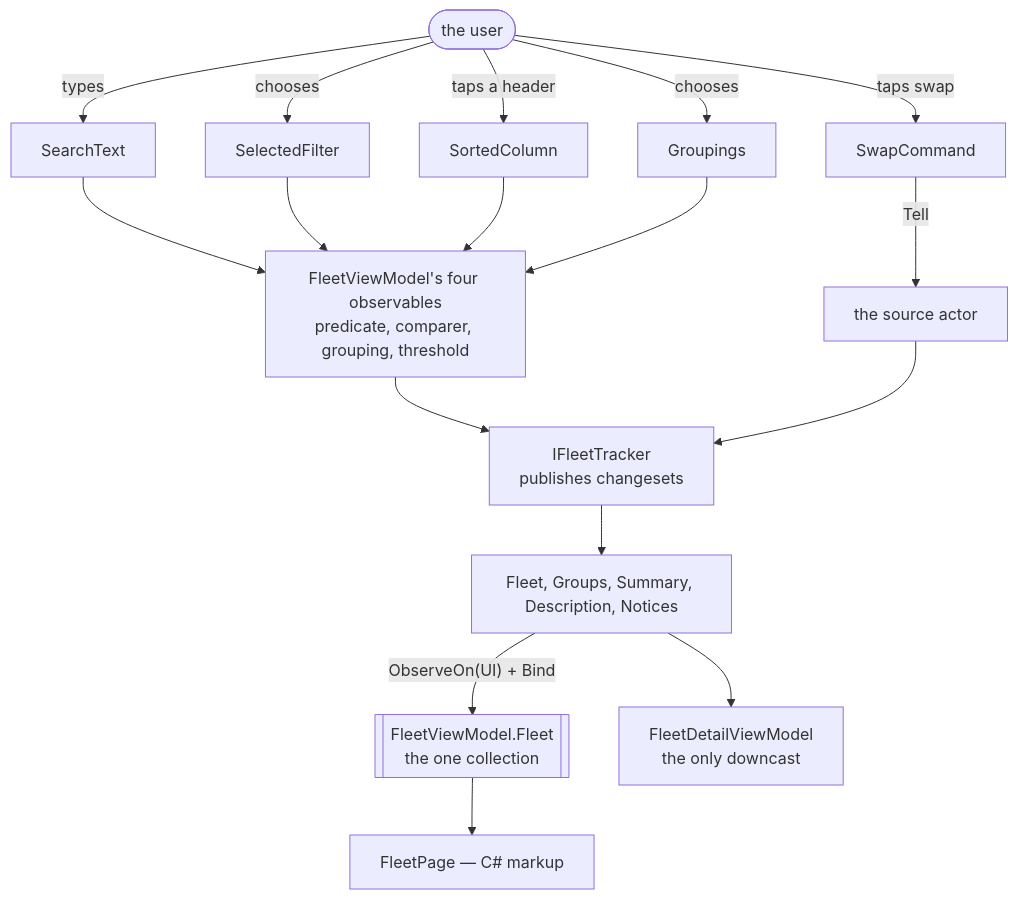
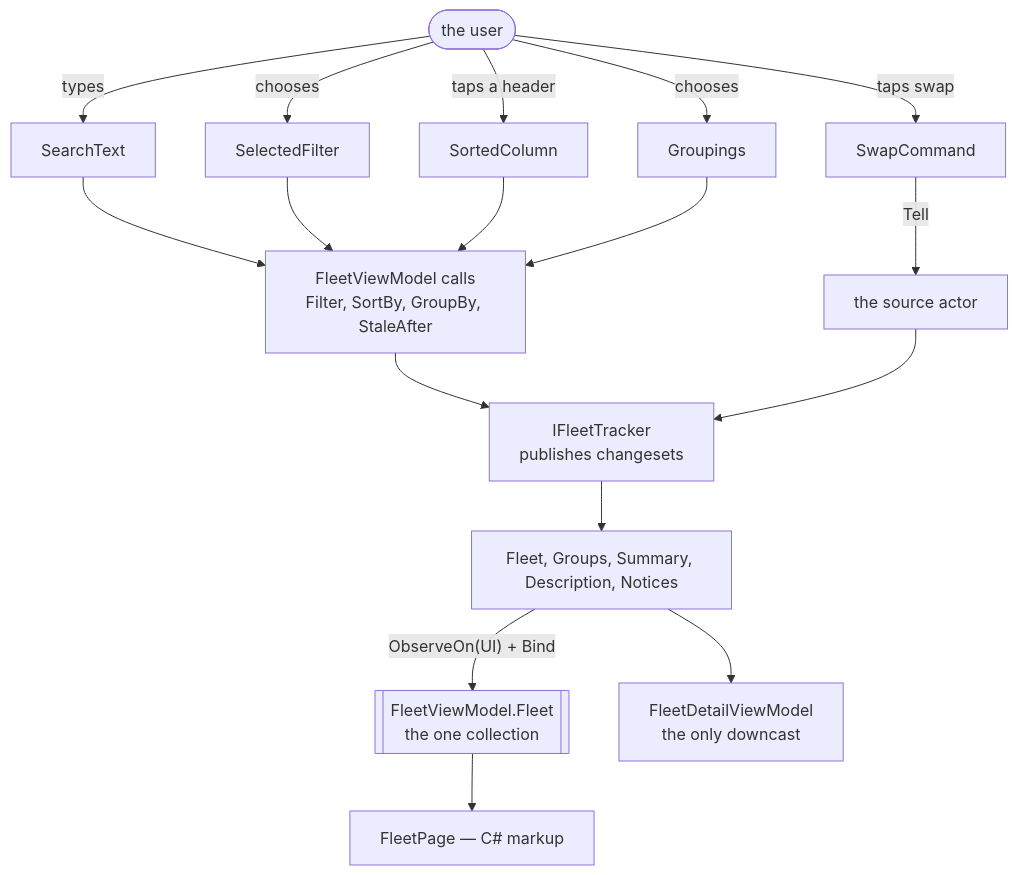
Before and after one commit to RLittlesII/Transporter: the first of 3 diagrams in features/fleet-dashboard/.spec/README.md, drawn with Mermaid. The commit also changed other lines of this file and 7 other files, not shown here.

First line of the commit message:
docs: the tracker's four inputs become methods over subjects it owns

````diff
--- a/features/fleet-dashboard/.spec/README.md
+++ b/features/fleet-dashboard/.spec/README.md
@@ -187,20 +195,20 @@
 ```mermaid
 flowchart TD
     user([the user])
     user -->|types| search["SearchText"]
     user -->|chooses| filter["SelectedFilter"]
     user -->|taps a header| sortedColumn["SortedColumn"]
     user -->|chooses| grouping["Groupings"]
     user -->|taps swap| command["SwapCommand"]
     search --> query
     filter --> query
     sortedColumn --> query
     grouping --> query
-    query["FleetViewModel's four observables<br/>predicate, comparer, grouping, threshold"] --> tracker
+    query["FleetViewModel calls<br/>Filter, SortBy, GroupBy, StaleAfter"] --> tracker
     command -->|Tell| actor["the source actor"]
     actor --> tracker
     tracker["IFleetTracker<br/>publishes changesets"] --> streams["Fleet, Groups, Summary, Description, Notices"]
     streams -->|"ObserveOn(UI) + Bind"| bound[["FleetViewModel.Fleet<br/>the one collection"]]
     bound --> page["FleetPage — C# markup"]
     streams --> detail["FleetDetailViewModel<br/>the only downcast"]
 ```
````
